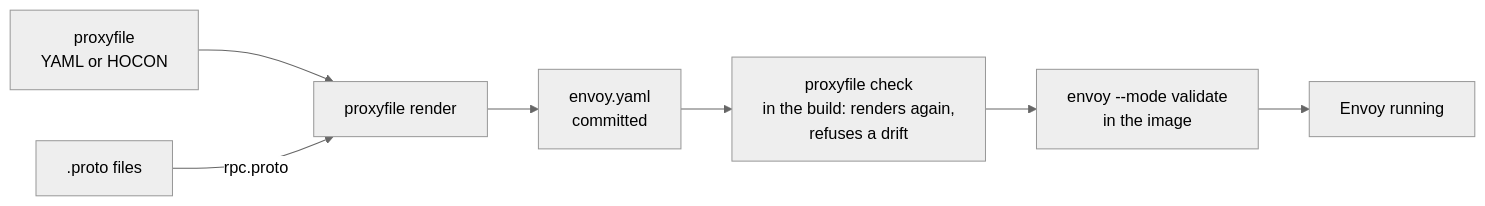
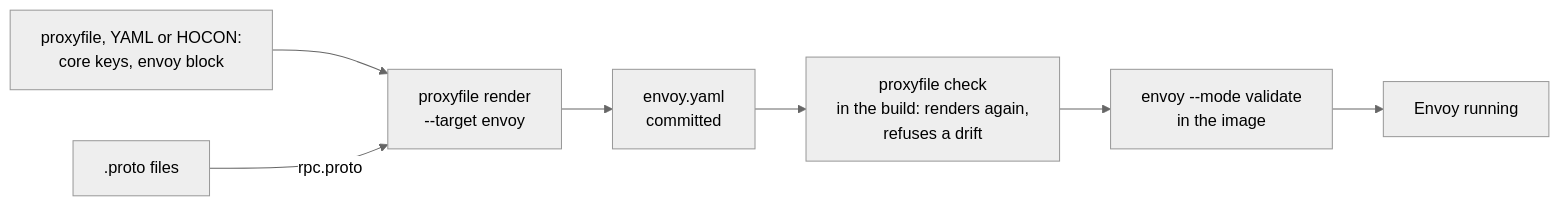
One commit to kitecorp/proxyfile changed the diagram in README.md. Above: the diagram before and after it, drawn with Mermaid (neutral theme). The commit also changed other lines of this file and 67 other files, not shown here.

Commit message:
feat!: proxyfile 2.0 splits the format into core keys and an envoy block, adds --target and envoy.connect_bridge, and shows each key's class (Part of #23)

````diff
--- a/README.md
+++ b/README.md
@@ -11,9 +11,9 @@
 ```mermaid
 flowchart LR
-    source["proxyfile<br/>YAML or HOCON"] --> render["proxyfile render"]
+    source["proxyfile, YAML or HOCON:<br/>core keys, envoy block"] --> render["proxyfile render<br/>--target envoy"]
     protos[".proto files"] -->|rpc.proto| render
     render --> generated["envoy.yaml<br/>committed"]
     generated --> check["proxyfile check<br/>in the build: renders again,<br/>refuses a drift"]
     check --> validate["envoy --mode validate<br/>in the image"]
     validate --> envoy["Envoy running"]
 ```
````
